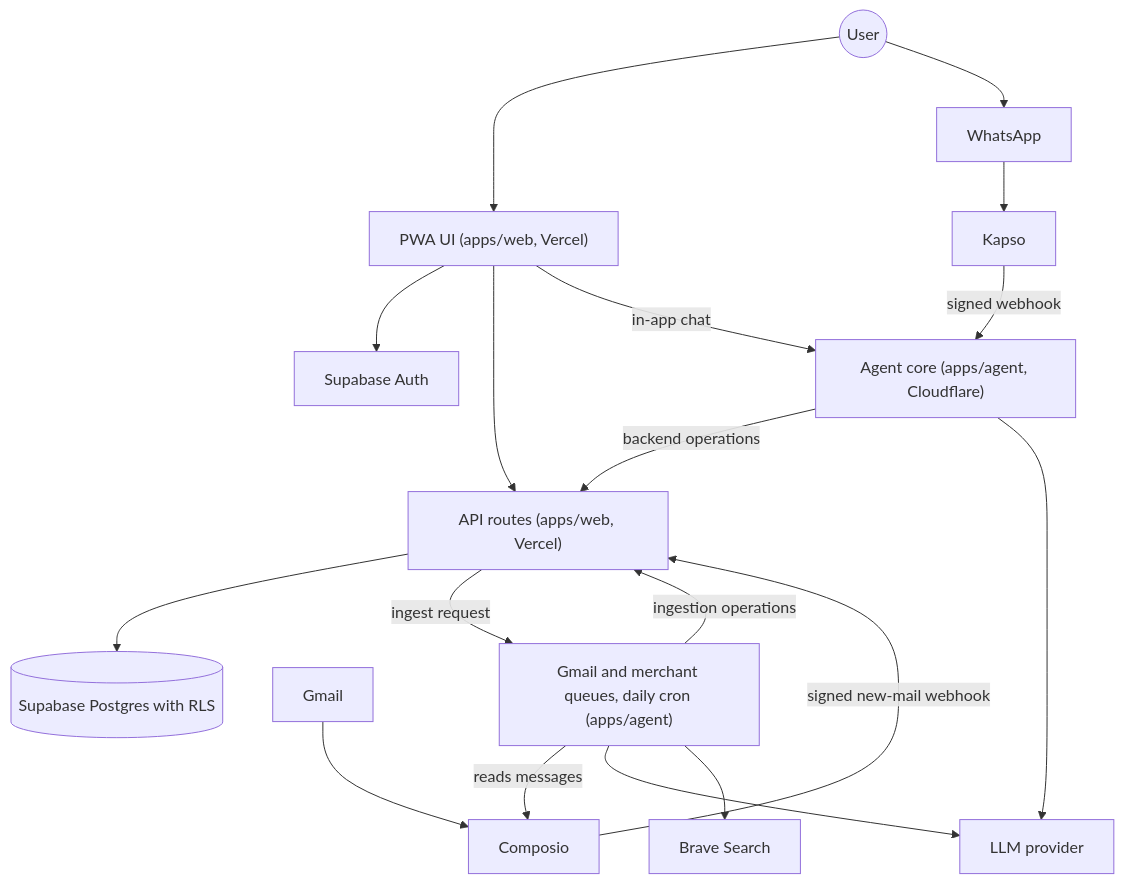
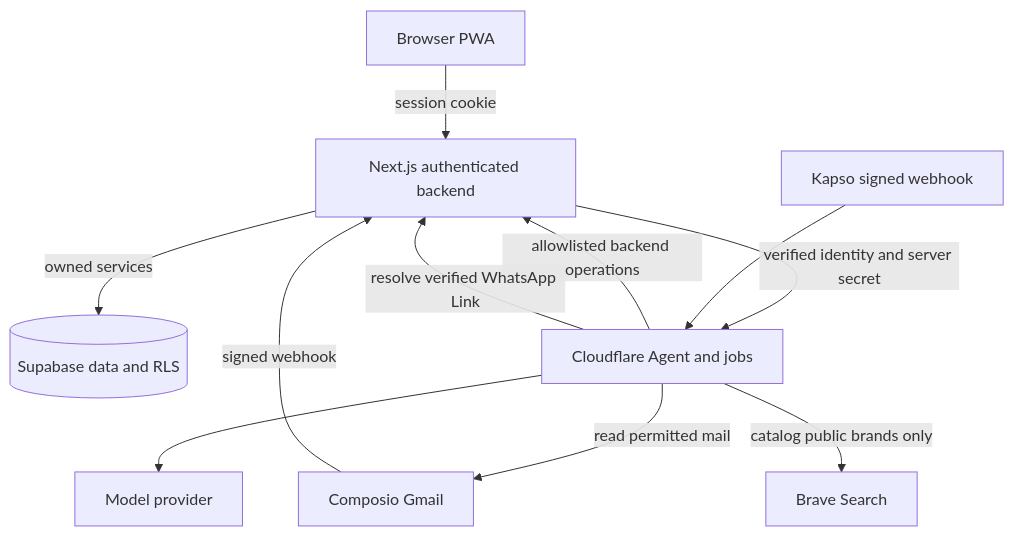
Before and after one commit to ZoeMohamed/Monara: the diagram in docs/tech/architecture.md, drawn with Mermaid. The commit also changed other lines of this file and 8 other files, not shown here.

````diff
--- a/docs/tech/architecture.md
+++ b/docs/tech/architecture.md
@@ -27,20 +15,13 @@
 ```mermaid
 flowchart TB
-  User((User)) --> UI["PWA UI (apps/web, Vercel)"]
-  User --> WA[WhatsApp]
-  WA --> Kapso
-  UI --> Auth[Supabase Auth]
-  UI --> API["API routes (apps/web, Vercel)"]
-  API --> DB[("Supabase Postgres with RLS")]
-  UI -- "in-app chat" --> Agent["Agent core (apps/agent, Cloudflare)"]
-  Kapso -- "signed webhook" --> Agent
-  Agent -- "backend operations" --> API
-  Agent --> LLM[LLM provider]
-  Gmail --> Composio
-  Composio -- "signed new-mail webhook" --> API
-  API -- "ingest request" --> Jobs["Gmail and merchant queues, daily cron (apps/agent)"]
-  Jobs -- "ingestion operations" --> API
-  Jobs -- "reads messages" --> Composio
-  Jobs --> LLM
-  Jobs --> Brave[Brave Search]
+  UI[Browser PWA] -->|session cookie| API[Next.js authenticated backend]
+  API -->|owned services| DB[(Supabase data and RLS)]
+  API -->|verified identity and server secret| Agent[Cloudflare Agent and jobs]
+  Agent -->|allowlisted backend operations| API
+  Kapso[Kapso signed webhook] --> Agent
+  Agent -->|resolve verified WhatsApp Link| API
+  Composio[Composio Gmail] -->|signed webhook| API
+  Agent -->|read permitted mail| Composio
+  Agent --> Models[Model provider]
+  Agent -->|catalog public brands only| Brave[Brave Search]
 ```
````
